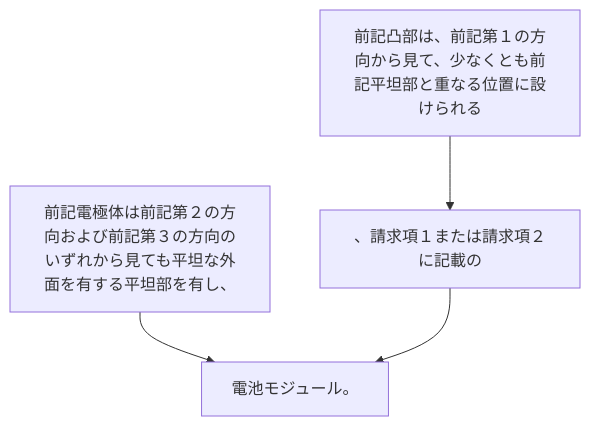
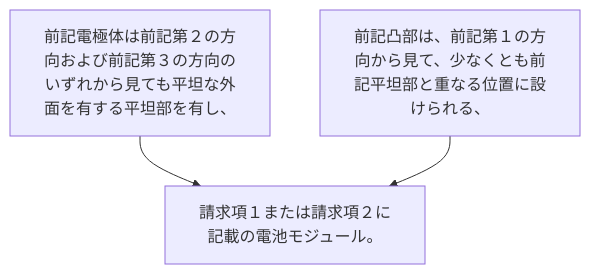
One commit to shinmori55/patent_analyzed changed the diagram in 2024/JP2024039203A/claim_5/README.md. Above: the diagram before and after it, drawn with Mermaid. The commit also changed 336 other files, not shown here.

````diff
--- a/2024/JP2024039203A/claim_5/README.md
+++ b/2024/JP2024039203A/claim_5/README.md
@@ -3,10 +3,8 @@
 ```mermaid
 flowchart TD
 A[前記電極体は前記第２の方向および前記第３の方向のいずれから見ても平坦な外面を有する平坦部を有し、]
-B[前記凸部は、前記第１の方向から見て、少なくとも前記平坦部と重なる位置に設けられる]
-C[、請求項１または請求項２に記載の]
-D[電池モジュール。]
-A --> D
+B[前記凸部は、前記第１の方向から見て、少なくとも前記平坦部と重なる位置に設けられる、]
+C[請求項１または請求項２に記載の電池モジュール。]
+A --> C
 B --> C
-C --> D
 ```
````
